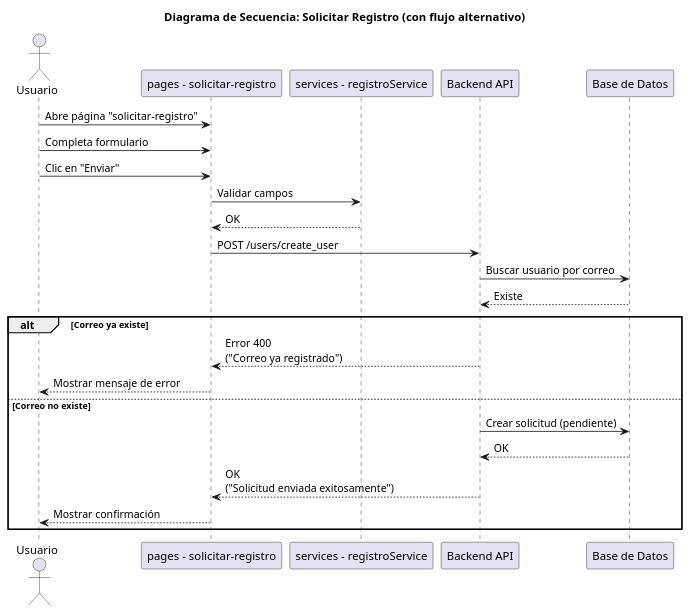
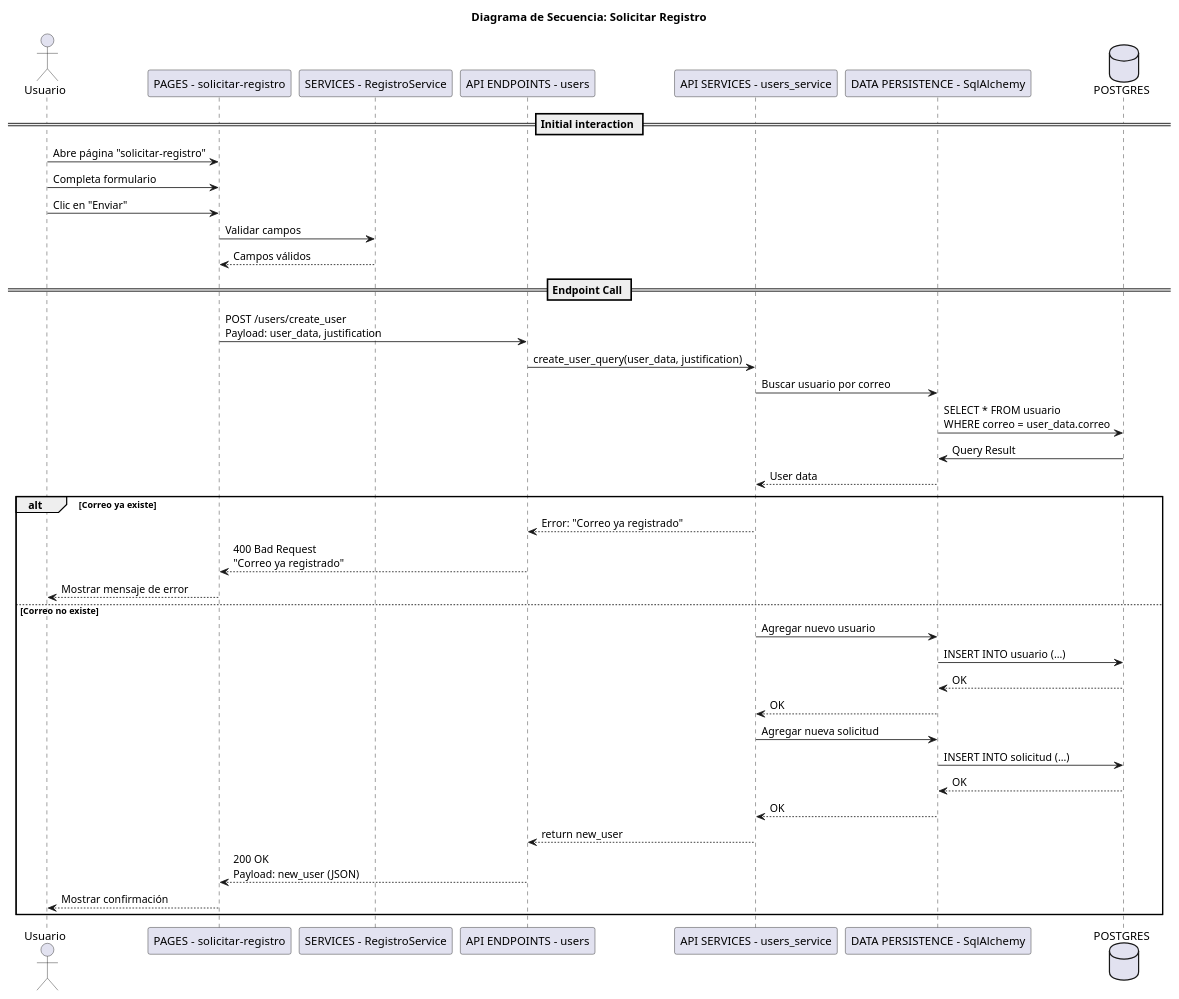
Before and after one commit to Niik4466/SolarWeb: the diagram in docs/diagrama_secuencia/sprint2/HU_2U.wsd, drawn with PlantUML. The commit also changed 2 other files, not shown here.

Commit message:
Actualizados diagramas de las historias HU_2A.wsd HU_2U.wsd HU_3A.wsd

```diff
--- a/docs/diagrama_secuencia/sprint2/HU_2U.wsd
+++ b/docs/diagrama_secuencia/sprint2/HU_2U.wsd
@@ -1,32 +1,51 @@
 @startuml
-title Diagrama de Secuencia: Solicitar Registro (con flujo alternativo)
+title Diagrama de Secuencia: Solicitar Registro
 
 actor Usuario
-participant UI as "pages - solicitar-registro"
-participant FE_Val as "services - registroService"
-participant BE as "Backend API"
-participant DB as "Base de Datos"
+participant UI as "PAGES - solicitar-registro"
+participant FE_Val as "SERVICES - RegistroService"
+participant ENDPOINT as "API ENDPOINTS - users"
+participant SERVICE as "API SERVICES - users_service"
+participant SQL as "DATA PERSISTENCE - SqlAlchemy"
+database DB as "POSTGRES"
+
+== Initial interaction ==
 
 Usuario -> UI : Abre página "solicitar-registro"
 Usuario -> UI : Completa formulario
 Usuario -> UI : Clic en "Enviar"
 
 UI -> FE_Val : Validar campos
-FE_Val --> UI : OK
+FE_Val --> UI : Campos válidos
 
-UI -> BE : POST /users/create_user
+== Endpoint Call ==
 
-BE -> DB : Buscar usuario por correo
-DB --> BE : Existe
+UI -> ENDPOINT : POST /users/create_user\nPayload: user_data, justification
+ENDPOINT -> SERVICE : create_user_query(user_data, justification)
+
+SERVICE -> SQL : Buscar usuario por correo
+SQL -> DB : SELECT * FROM usuario\nWHERE correo = user_data.correo
+DB -> SQL : Query Result
+SQL --> SERVICE : User data
 
 alt Correo ya existe
-    BE --> UI : Error 400\n("Correo ya registrado")
+    SERVICE --> ENDPOINT : Error: "Correo ya registrado"
+    ENDPOINT --> UI : 400 Bad Request\n"Correo ya registrado"
     UI --> Usuario : Mostrar mensaje de error
 else Correo no existe
-    BE -> DB : Crear solicitud (pendiente)
-    DB --> BE : OK
-    BE --> UI : OK\n("Solicitud enviada exitosamente")
+    SERVICE -> SQL : Agregar nuevo usuario
+    SQL -> DB : INSERT INTO usuario (...)
+    DB --> SQL : OK
+    SQL --> SERVICE : OK
+
+    SERVICE -> SQL : Agregar nueva solicitud
+    SQL -> DB : INSERT INTO solicitud (...)
+    DB --> SQL : OK
+    SQL --> SERVICE : OK
+
+    SERVICE --> ENDPOINT : return new_user
+    ENDPOINT --> UI : 200 OK\nPayload: new_user (JSON)
     UI --> Usuario : Mostrar confirmación
 end
 
 @enduml
```
